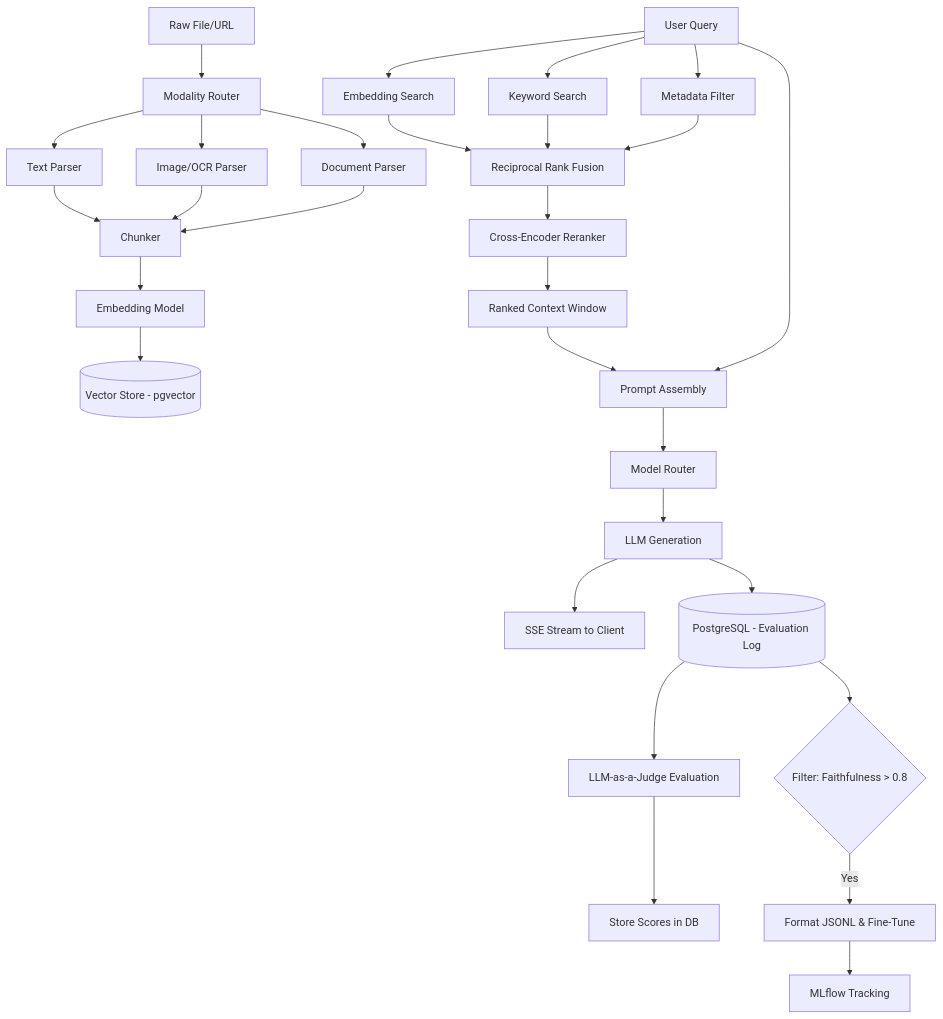
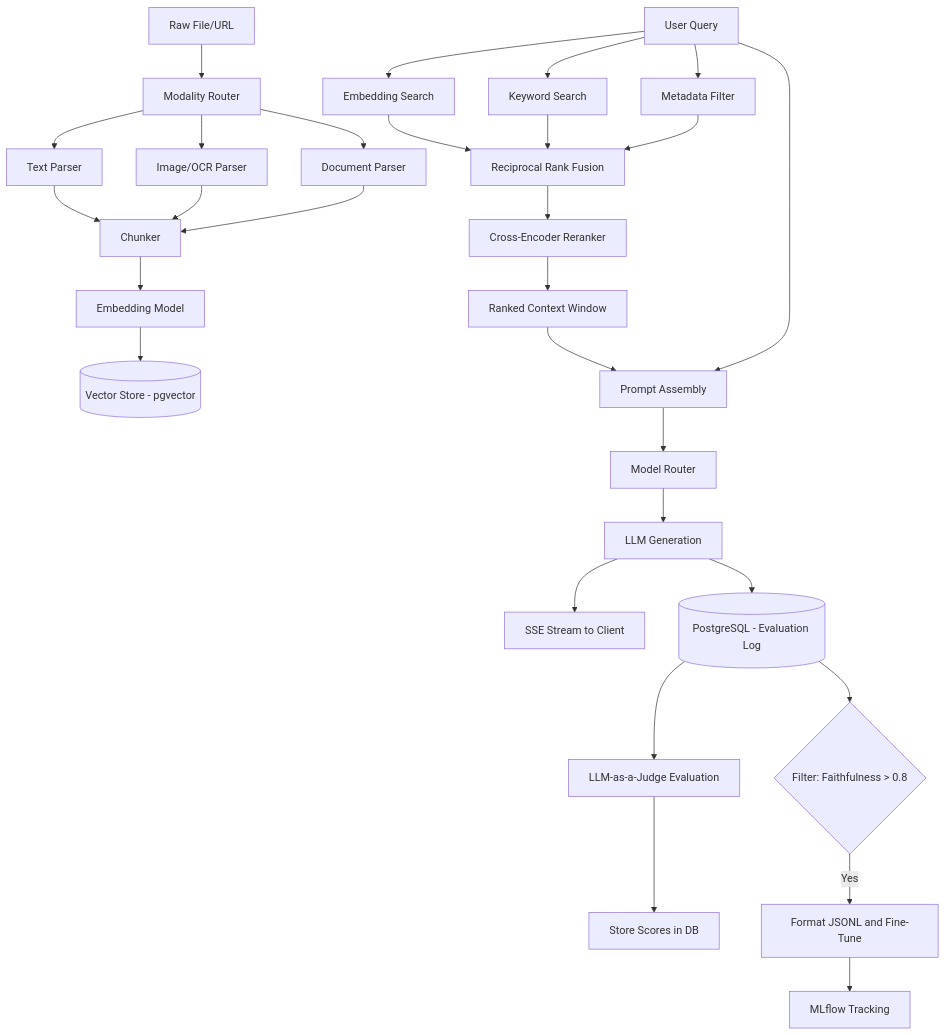
One commit to naman2812/NeuroFlow-HiDevs changed the diagram in README.md. Above: the diagram before and after it, drawn with Mermaid. The commit also changed other lines of this file and 1 other file, not shown here.

````diff
--- a/README.md
+++ b/README.md
@@ -17,35 +49,35 @@
 ```mermaid
 graph TD
     A[Raw File/URL] --> B[Modality Router]
     B --> C[Text Parser]
     B --> D[Image/OCR Parser]
     B --> E[Document Parser]
     C --> F[Chunker]
     D --> F
     E --> F
     F --> G[Embedding Model]
     G --> H[(Vector Store - pgvector)]
-    
+
     Q[User Query] --> S1[Embedding Search]
     Q --> S2[Keyword Search]
     Q --> S3[Metadata Filter]
     S1 --> R[Reciprocal Rank Fusion]
     S2 --> R
     S3 --> R
     R --> C_Rerank[Cross-Encoder Reranker]
     C_Rerank --> CW[Ranked Context Window]
-    
+
     CW --> PA[Prompt Assembly]
     Q --> PA
     PA --> MR[Model Router]
     MR --> Gen[LLM Generation]
     Gen --> SSE[SSE Stream to Client]
     Gen --> Eval[(PostgreSQL - Evaluation Log)]
-    
+
     Eval --> LLMJudge[LLM-as-a-Judge Evaluation]
     LLMJudge --> Scores[Store Scores in DB]
-    
+
     Eval --> Filter{Filter: Faithfulness > 0.8}
-    Filter -- Yes --> FT[Format JSONL & Fine-Tune]
+    Filter -- Yes --> FT[Format JSONL and Fine-Tune]
     FT --> MLFlow[MLflow Tracking]
 ```
````
